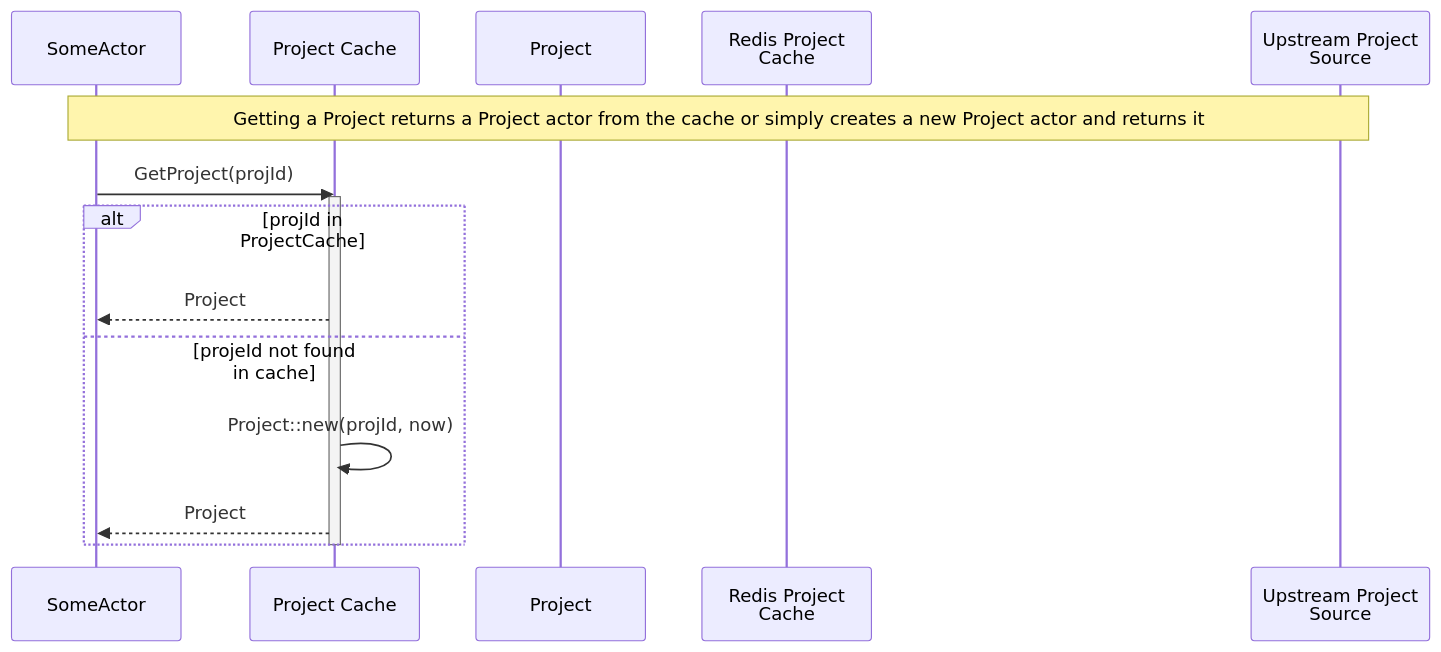
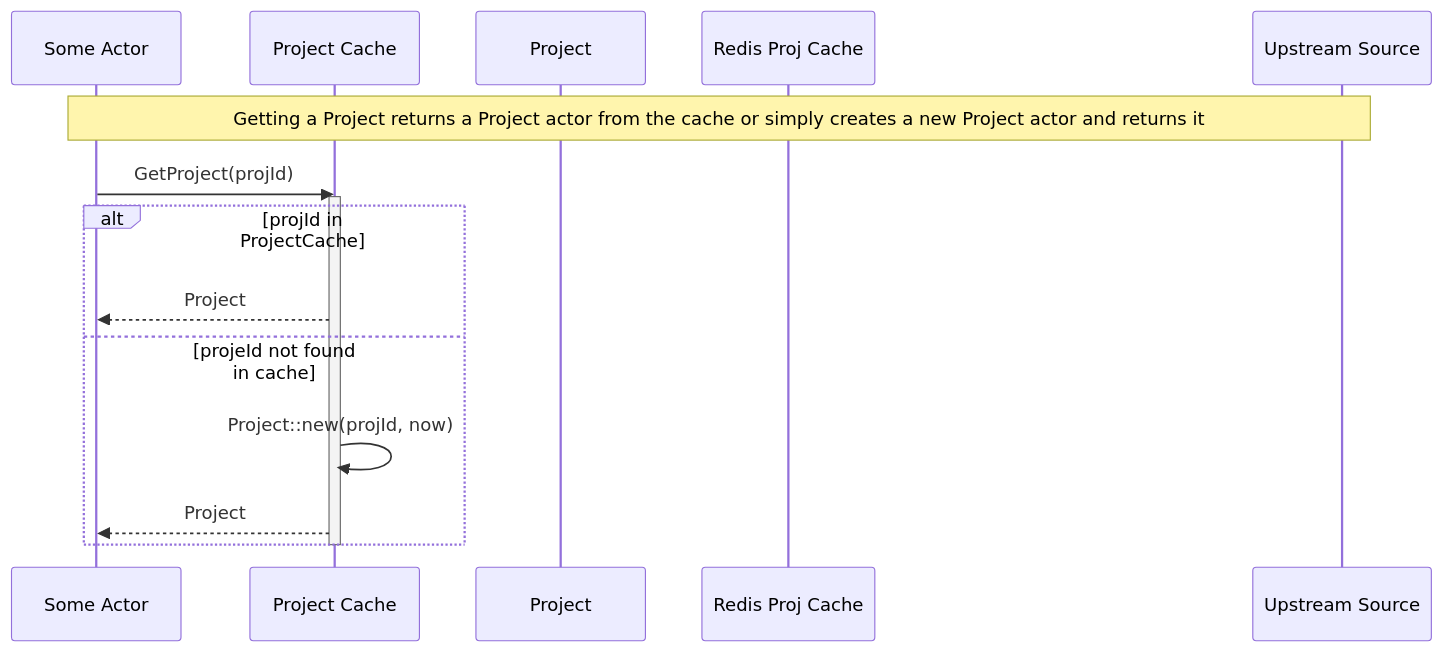
The first of 3 diagrams in docs/architecture/project-configuration.md (getsentry/relay), drawn with Mermaid before and after one commit. The commit also changed other lines of this file, not shown here.

Commit message:
improve actor names in diagrams

````diff
--- a/docs/architecture/project-configuration.md
+++ b/docs/architecture/project-configuration.md
@@ -13,21 +18,21 @@
 ```mermaid
 sequenceDiagram
 
-participant extern as SomeActor
+participant extern as Some Actor
 participant projCache as Project Cache
 participant proj as Project
-participant redis as Redis Project<br>Cache
-participant upstream as Upstream Project<br>Source
+participant redis as Redis Proj Cache
+participant upstream as Upstream Source
 
 Note over extern, upstream : Getting a Project returns a Project actor from the cache or simply creates a new Project actor and returns it
 extern->>projCache: GetProject(projId)
 activate projCache
   alt projId in ProjectCache
     projCache-->>extern: Project
   else projeId not found in cache
     projCache->>projCache: Project::new(projId, now)
     projCache-->>extern: Project
   end
 deactivate projCache
 
 ```
````
